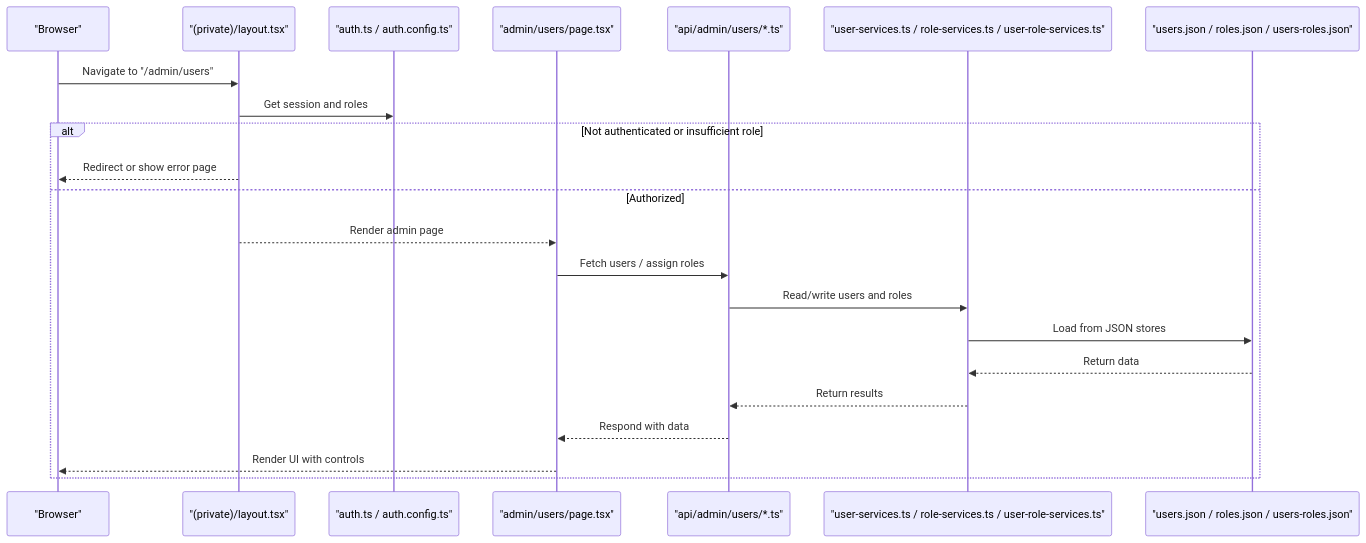
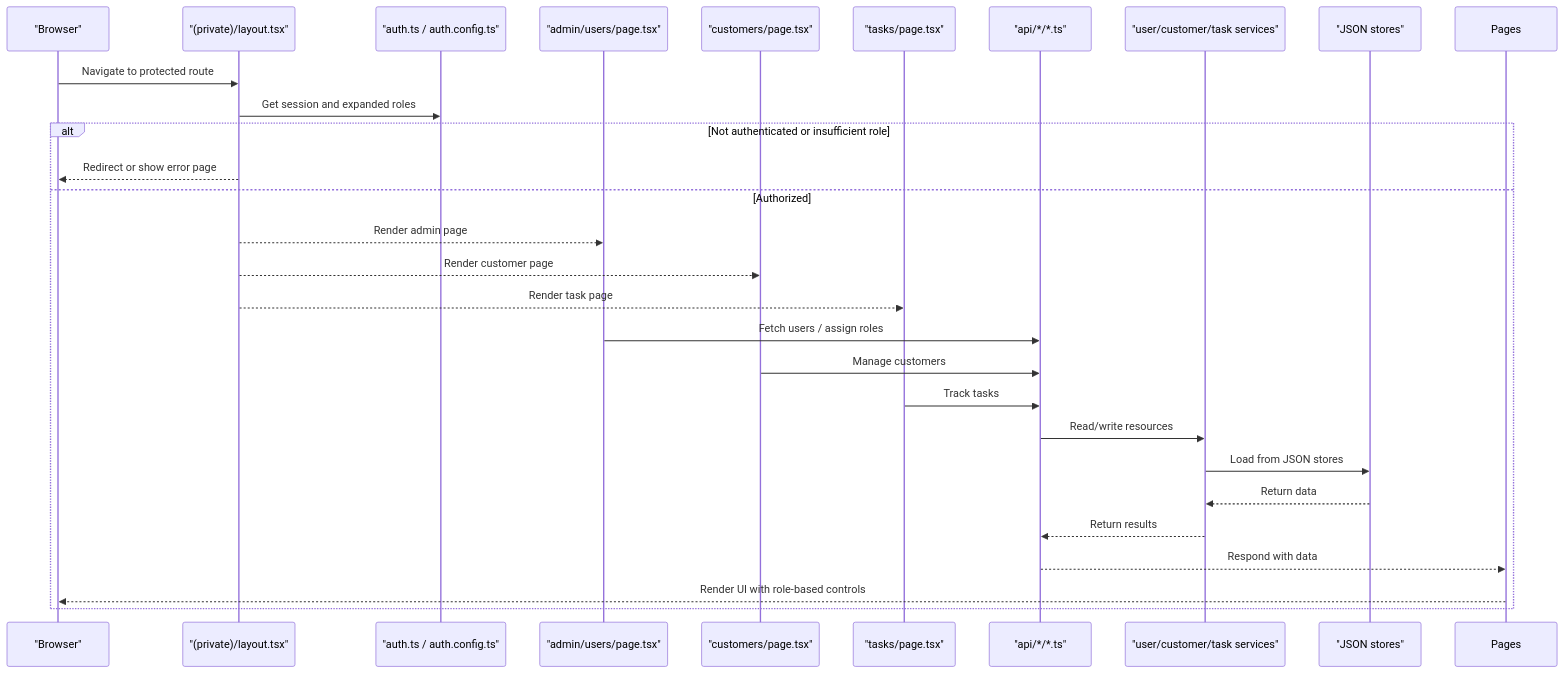
The second of 8 diagrams in .qoder/repowiki/en/content/Authentication & Authorization/Role-Based Access Control/Role-Based Access Control.md (ngothanhtung/claude-code-shadcn-dashboard), drawn with Mermaid before and after one commit. The commit also changed other lines of this file and 165 other files, not shown here.

````diff
--- a/.qoder/repowiki/en/content/Authentication & Authorization/Role-Based Access Control/Role-Based Access Control.md
+++ b/.qoder/repowiki/en/content/Authentication & Authorization/Role-Based Access Control/Role-Based Access Control.md
@@ -179,24 +243,30 @@
 ```mermaid
 sequenceDiagram
 participant Client as "Browser"
 participant PrivateLayout as "(private)/layout.tsx"
 participant NextAuth as "auth.ts / auth.config.ts"
 participant AdminPage as "admin/users/page.tsx"
-participant API as "api/admin/users/*.ts"
-participant Services as "user-services.ts / role-services.ts / user-role-services.ts"
-participant Data as "users.json / roles.json / users-roles.json"
-Client->>PrivateLayout : Navigate to "/admin/users"
-PrivateLayout->>NextAuth : Get session and roles
+participant CustomerPage as "customers/page.tsx"
+participant TaskPage as "tasks/page.tsx"
+participant API as "api/*/*.ts"
+participant Services as "user/customer/task services"
+participant Data as "JSON stores"
+Client->>PrivateLayout : Navigate to protected route
+PrivateLayout->>NextAuth : Get session and expanded roles
 alt Not authenticated or insufficient role
 PrivateLayout-->>Client : Redirect or show error page
 else Authorized
 PrivateLayout-->>AdminPage : Render admin page
+PrivateLayout-->>CustomerPage : Render customer page
+PrivateLayout-->>TaskPage : Render task page
 AdminPage->>API : Fetch users / assign roles
-API->>Services : Read/write users and roles
+CustomerPage->>API : Manage customers
+TaskPage->>API : Track tasks
+API->>Services : Read/write resources
 Services->>Data : Load from JSON stores
 Data-->>Services : Return data
 Services-->>API : Return results
-API-->>AdminPage : Respond with data
-AdminPage-->>Client : Render UI with controls
+API-->>Pages : Respond with data
+Pages-->>Client : Render UI with role-based controls
 end
 ```
````
